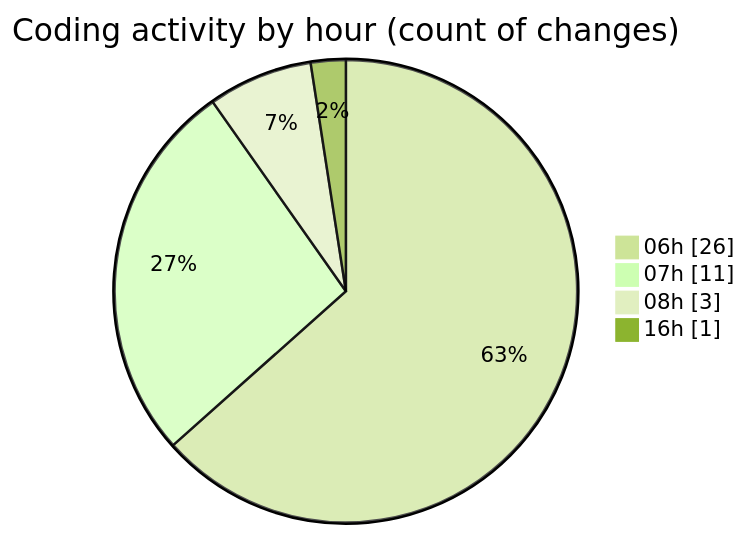
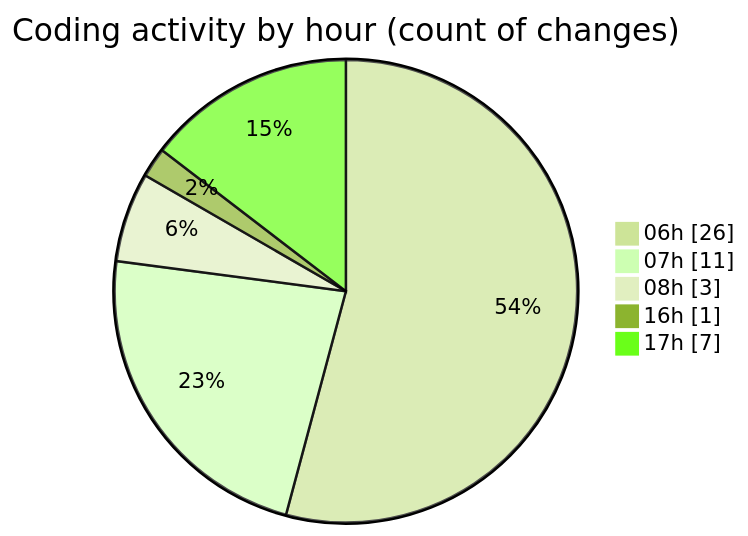
One commit to robertbonfada/code-tracking changed the second of 2 diagrams in 2025-01-30/mbc-web/README.md. Above: the diagram before and after it, drawn with Mermaid (forest theme). The commit also changed other lines of this file and 1 other file, not shown here.

````diff
--- a/2025-01-30/mbc-web/README.md
+++ b/2025-01-30/mbc-web/README.md
@@ -39,8 +39,9 @@
 ```mermaid
 pie showData
 title Coding activity by hour (count of changes)
 "06h" : 26
 "07h" : 11
 "08h" : 3
 "16h" : 1
+"17h" : 7
 ```
````
